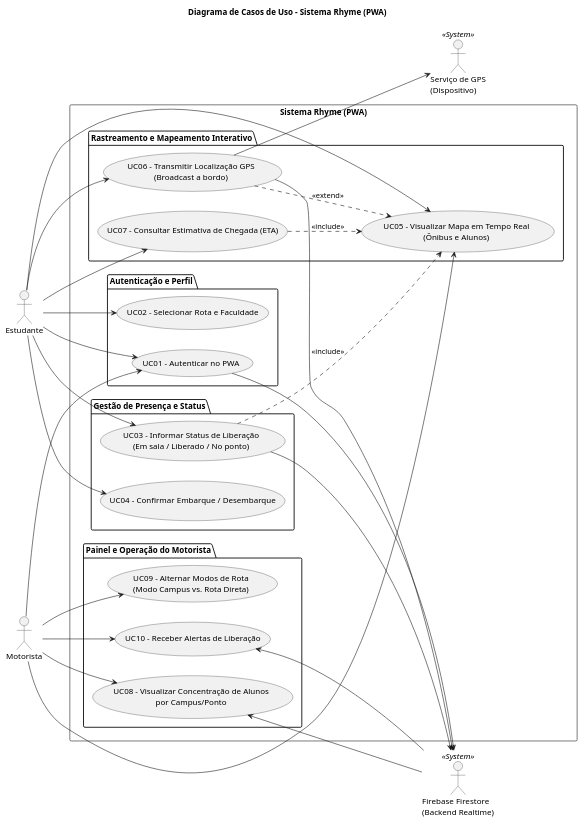
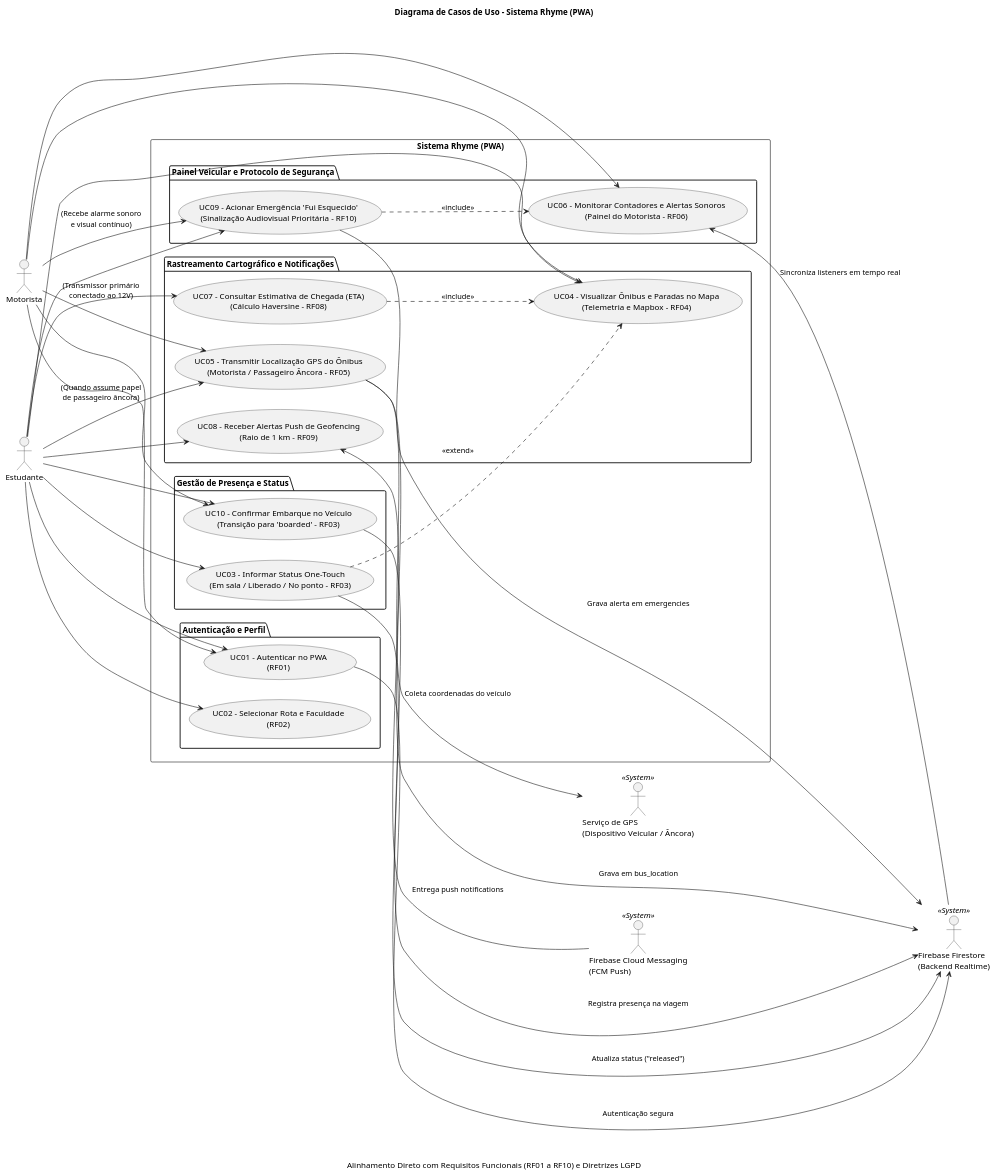
The diagram in diagramas/casos-de-uso.puml (Luis-Henrique-ufg/Manual-de-Processos), drawn with PlantUML before and after one commit. The commit also changed 5 other files, not shown here.

```diff
--- a/diagramas/casos-de-uso.puml
+++ b/diagramas/casos-de-uso.puml
@@ -1,66 +1,73 @@
 @startuml Diagrama_Casos_de_Uso_Rhyme
 
 title Diagrama de Casos de Uso - Sistema Rhyme (PWA)
+caption Alinhamento Direto com Requisitos Funcionais (RF01 a RF10) e Diretrizes LGPD
 
 left to right direction
 
 actor "Estudante" as aluno
 actor "Motorista" as motorista
-actor "Serviço de GPS\n(Dispositivo)" as gps << System >>
+actor "Serviço de GPS\n(Dispositivo Veicular / Âncora)" as gps << System >>
 actor "Firebase Firestore\n(Backend Realtime)" as firebase << System >>
+actor "Firebase Cloud Messaging\n(FCM Push)" as fcm << System >>
 
 rectangle "Sistema Rhyme (PWA)" {
 
-    package "Autenticação e Perfil" {
-        usecase "UC01 - Autenticar no PWA" as UC01
-        usecase "UC02 - Selecionar Rota e Faculdade" as UC02
+    package "Painel Veicular e Protocolo de Segurança" {
+        usecase "UC06 - Monitorar Contadores e Alertas Sonoros\n(Painel do Motorista - RF06)" as UC06
+        usecase "UC09 - Acionar Emergência 'Fui Esquecido'\n(Sinalização Audiovisual Prioritária - RF10)" as UC09
+    }
+
+    package "Rastreamento Cartográfico e Notificações" {
+        usecase "UC04 - Visualizar Ônibus e Paradas no Mapa\n(Telemetria e Mapbox - RF04)" as UC04
+        usecase "UC05 - Transmitir Localização GPS do Ônibus\n(Motorista / Passageiro Âncora - RF05)" as UC05
+        usecase "UC07 - Consultar Estimativa de Chegada (ETA)\n(Cálculo Haversine - RF08)" as UC07
+        usecase "UC08 - Receber Alertas Push de Geofencing\n(Raio de 1 km - RF09)" as UC08
     }
 
     package "Gestão de Presença e Status" {
-        usecase "UC03 - Informar Status de Liberação\n(Em sala / Liberado / No ponto)" as UC03
-        usecase "UC04 - Confirmar Embarque / Desembarque" as UC04
+        usecase "UC03 - Informar Status One-Touch\n(Em sala / Liberado / No ponto - RF03)" as UC03
+        usecase "UC10 - Confirmar Embarque no Veículo\n(Transição para 'boarded' - RF03)" as UC10
     }
 
-    package "Rastreamento e Mapeamento Interativo" {
-        usecase "UC05 - Visualizar Mapa em Tempo Real\n(Ônibus e Alunos)" as UC05
-        usecase "UC06 - Transmitir Localização GPS\n(Broadcast a bordo)" as UC06
-        usecase "UC07 - Consultar Estimativa de Chegada (ETA)" as UC07
-    }
-
-    package "Painel e Operação do Motorista" {
-        usecase "UC08 - Visualizar Concentração de Alunos\npor Campus/Ponto" as UC08
-        usecase "UC09 - Alternar Modos de Rota\n(Modo Campus vs. Rota Direta)" as UC09
-        usecase "UC10 - Receber Alertas de Liberação" as UC10
+    package "Autenticação e Perfil" {
+        usecase "UC01 - Autenticar no PWA\n(RF01)" as UC01
+        usecase "UC02 - Selecionar Rota e Faculdade\n(RF02)" as UC02
     }
 }
 
 ' Relacionamentos do Aluno
 aluno --> UC01
 aluno --> UC02
 aluno --> UC03
 aluno --> UC04
-aluno --> UC05
-aluno --> UC06
+aluno --> UC05 : (Quando assume papel\nde passageiro âncora)
 aluno --> UC07
+aluno --> UC08
+aluno --> UC09
+aluno --> UC10
 
 ' Relacionamentos do Motorista
 motorista --> UC01
-motorista --> UC05
-motorista --> UC08
-motorista --> UC09
+motorista --> UC04
+motorista --> UC05 : (Transmissor primário\nconectado ao 12V)
+motorista --> UC06
+motorista --> UC09 : (Recebe alarme sonoro\ne visual contínuo)
 motorista --> UC10
 
 ' Inclusões e Extensões
-UC03 ..> UC05 : <<include>>
-UC06 ..> UC05 : <<extend>>
-UC07 ..> UC05 : <<include>>
+UC03 ..> UC04 : <<extend>>
+UC07 ..> UC04 : <<include>>
+UC09 ..> UC06 : <<include>>
 
 ' Integrações com Sistemas Externos
-UC01 --> firebase
-UC03 --> firebase
-UC06 --> gps
-UC06 --> firebase
-UC08 <-- firebase
-UC10 <-- firebase
+UC01 --> firebase : Autenticação segura
+UC03 --> firebase : Atualiza status ("released")
+UC05 --> gps : Coleta coordenadas do veículo
+UC05 --> firebase : Grava em bus_location
+UC06 <-- firebase : Sincroniza listeners em tempo real
+UC08 <-- fcm : Entrega push notifications
+UC09 --> firebase : Grava alerta em emergencies
+UC10 --> firebase : Registra presença na viagem
 
 @enduml
```
